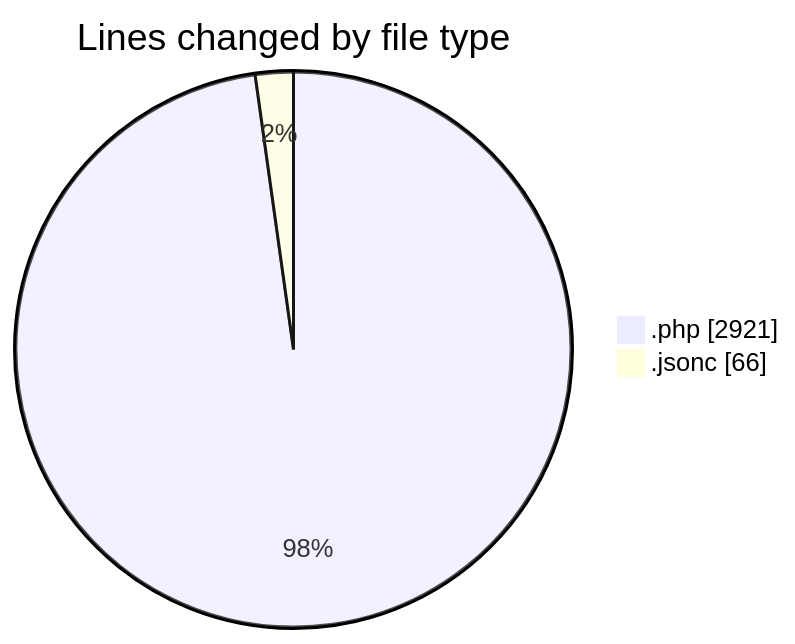
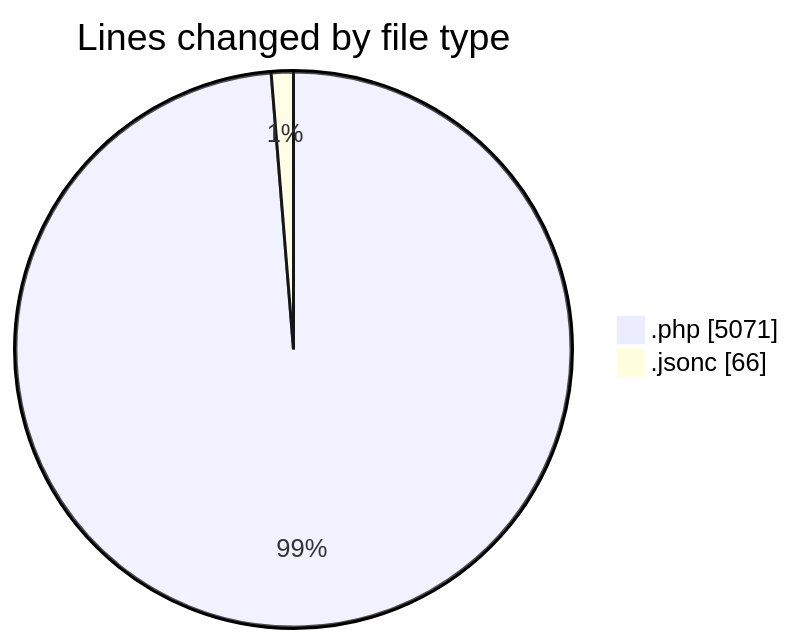
Before and after one commit to vahidmafi/code-tracking: the first of 2 diagrams in 2025-09-06/shop/README.md, drawn with Mermaid. The commit also changed other lines of this file and 1 other file, not shown here.

````diff
--- a/2025-09-06/shop/README.md
+++ b/2025-09-06/shop/README.md
@@ -25,6 +26,6 @@
 ```mermaid
 pie showData
 title Lines changed by file type
-".php" : 2921
+".php" : 5071
 ".jsonc" : 66
 ```
````
